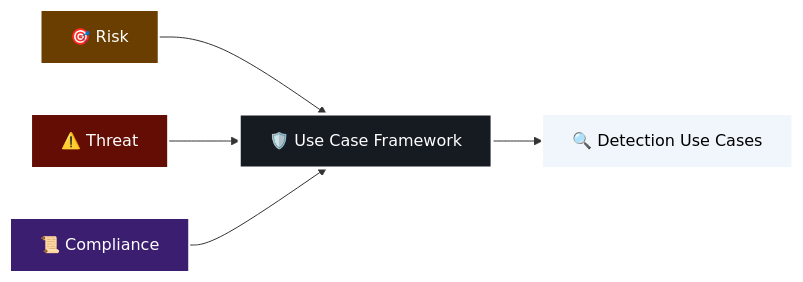
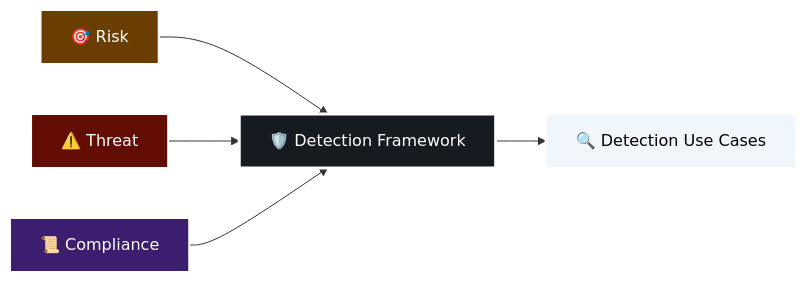
Before and after one commit to josamontiel/Detection-Engineering-Framework: the second of 12 diagrams in Background-and-Introduction.md, drawn with Mermaid. The commit also changed other lines of this file, not shown here.

````diff
--- a/Background-and-Introduction.md
+++ b/Background-and-Introduction.md
@@ -122,13 +112,13 @@
 ```mermaid
 graph LR
-    A[🎯 Risk] --> D[🛡️ Use Case Framework]
+    A[🎯 Risk] --> D[🛡️ Detection Framework]
     B[⚠️ Threat] --> D
     C[📜 Compliance] --> D
     D --> E[🔍 Detection Use Cases]
     
     style A fill:#693e00,stroke:#fff,stroke-width:2px,color:#fff
     style B fill:#640d04,stroke:#fff,stroke-width:2px,color:#fff
     style C fill:#3c1e70,stroke:#fff,stroke-width:2px,color:#fff
     style D fill:#161b22,stroke:#fff,stroke-width:3px,color:#fff
     style E fill:#f0f6fc,stroke:#fff,stroke-width:2px,color:#000
 ```
````
